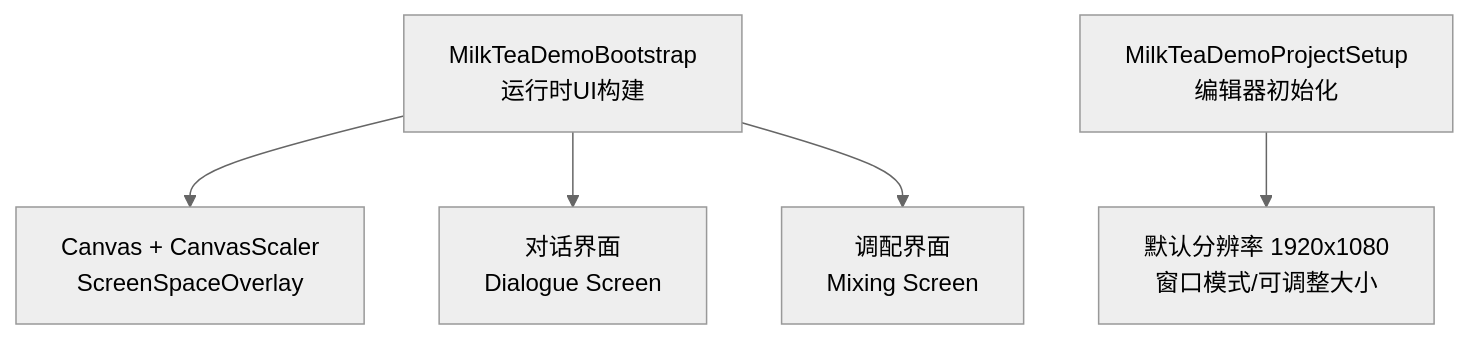
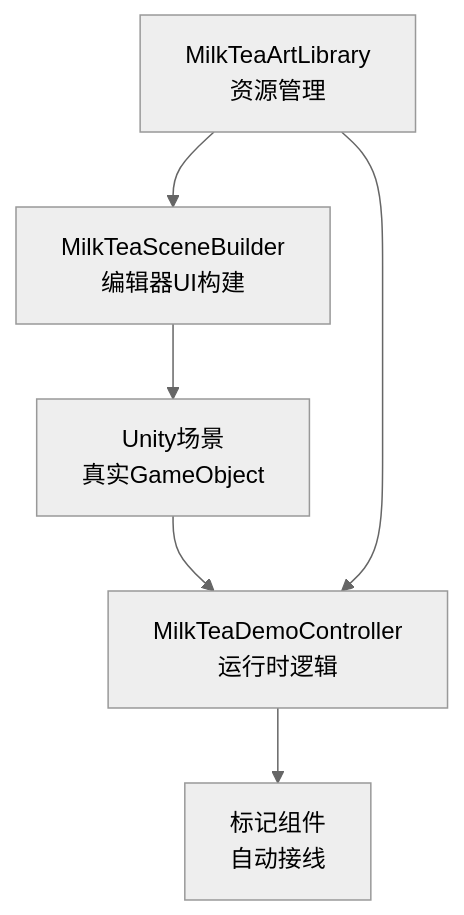
One commit to Thanatos42/-demo changed the first of 6 diagrams in .qoder/repowiki/zh/content/UI架构设计.md. Above: the diagram before and after it, drawn with Mermaid (neutral theme). The commit also changed other lines of this file and 16 other files, not shown here.

````diff
--- a/.qoder/repowiki/zh/content/UI架构设计.md
+++ b/.qoder/repowiki/zh/content/UI架构设计.md
@@ -28,7 +42,8 @@
 ```mermaid
 graph TB
-A["MilkTeaDemoBootstrap<br/>运行时UI构建"] --> B["Canvas + CanvasScaler<br/>ScreenSpaceOverlay"]
-A --> C["对话界面<br/>Dialogue Screen"]
-A --> D["调配界面<br/>Mixing Screen"]
-E["MilkTeaDemoProjectSetup<br/>编辑器初始化"] --> F["默认分辨率 1920x1080<br/>窗口模式/可调整大小"]
+A["MilkTeaSceneBuilder<br/>编辑器UI构建"] --> B["Unity场景<br/>真实GameObject"]
+B --> C["MilkTeaDemoController<br/>运行时逻辑"]
+C --> D["标记组件<br/>自动接线"]
+E["MilkTeaArtLibrary<br/>资源管理"] --> A
+E --> C
 ```
````
